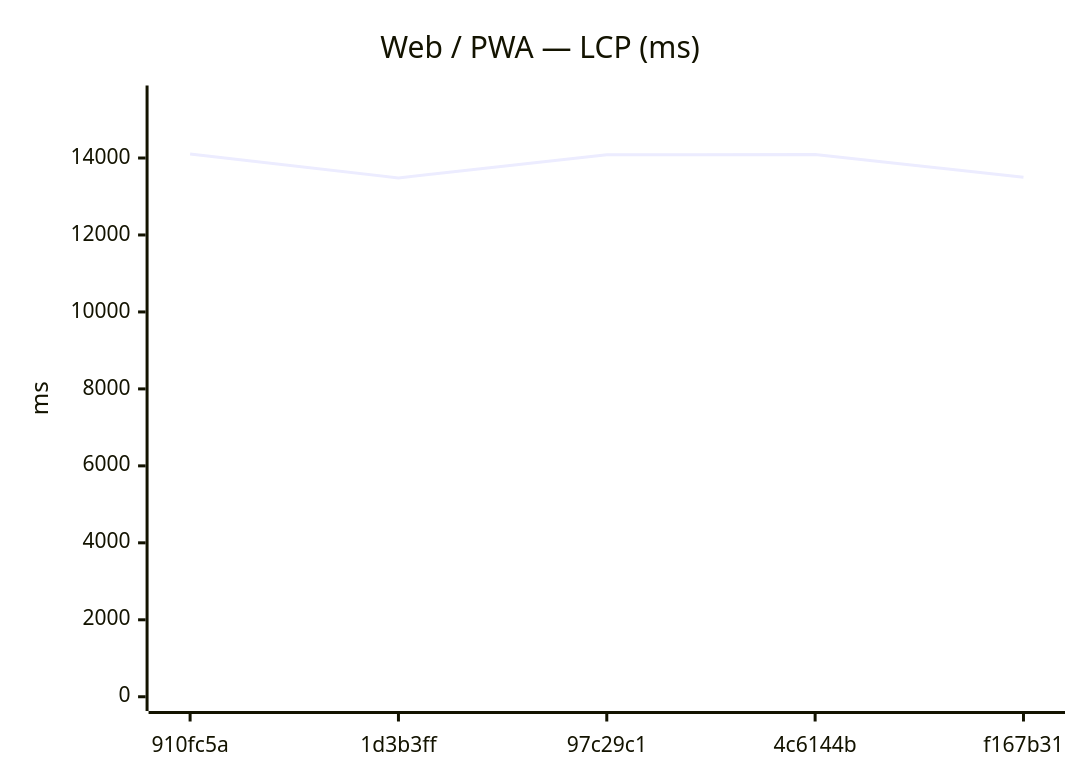
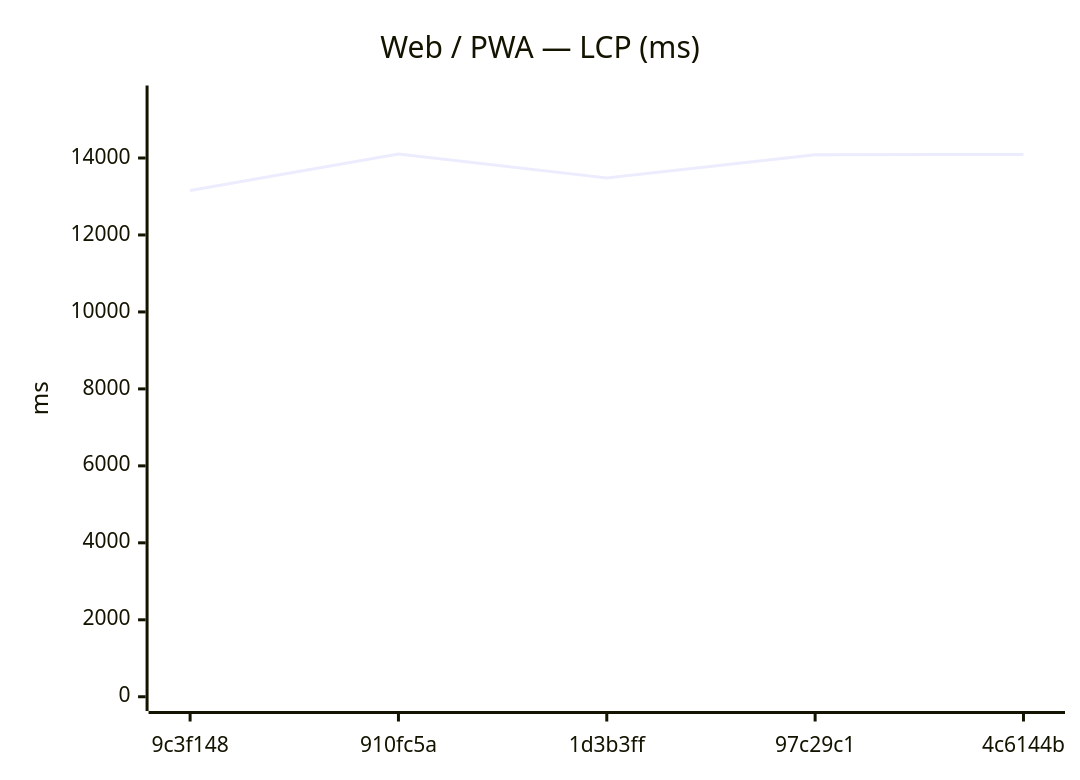
Before and after one commit to Metaheurist/Rianell: the seventh of 18 diagrams in benchmarks/compare.md, drawn with Mermaid. The commit also changed other lines of this file and 11 other files, not shown here.

````diff
--- a/benchmarks/compare.md
+++ b/benchmarks/compare.md
@@ -117,7 +117,7 @@
 ```mermaid
 xychart-beta
     title "Web / PWA — LCP (ms)"
-    x-axis ["910fc5a", "1d3b3ff", "97c29c1", "4c6144b", "f167b31"]
+    x-axis ["9c3f148", "910fc5a", "1d3b3ff", "97c29c1", "4c6144b"]
     y-axis "ms" 0 --> 15514
-    line [14103, 13484, 14084, 14094, 13501]
+    line [13157, 14103, 13484, 14084, 14094]
 ```
````
